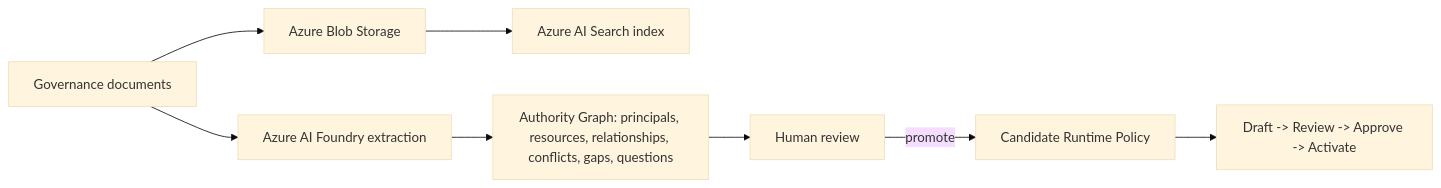
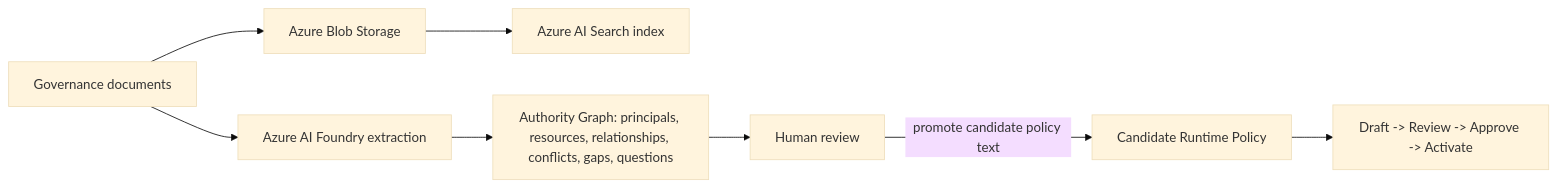
Before and after one commit to PayReality/PayReality: the second of 2 diagrams in SALES_ENABLEMENT_PACK.md, drawn with Mermaid (base theme). The commit also changed other lines of this file and 17 other files, not shown here.

````diff
--- a/SALES_ENABLEMENT_PACK.md
+++ b/SALES_ENABLEMENT_PACK.md
@@ -86,10 +118,10 @@
 ```mermaid
 flowchart LR
     Doc[Governance documents] --> Blob[Azure Blob Storage]
     Blob --> Search[Azure AI Search index]
     Doc --> Foundry[Azure AI Foundry extraction]
     Foundry --> Graph[Authority Graph: principals, resources, relationships, conflicts, gaps, questions]
     Graph --> Review[Human review]
-    Review -->|promote| Candidate[Candidate Runtime Policy]
+    Review -->|promote candidate policy text| Candidate[Candidate Runtime Policy]
     Candidate --> Lifecycle[Draft -> Review -> Approve -> Activate]
 ```
````
